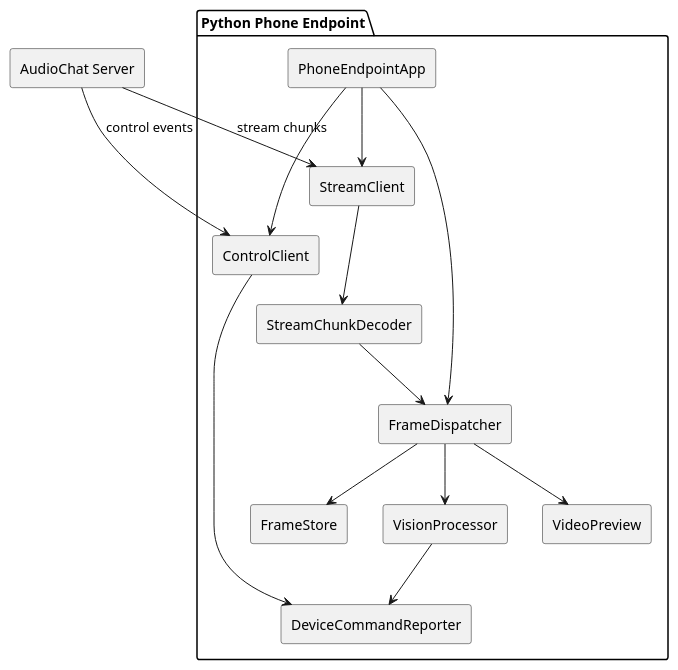
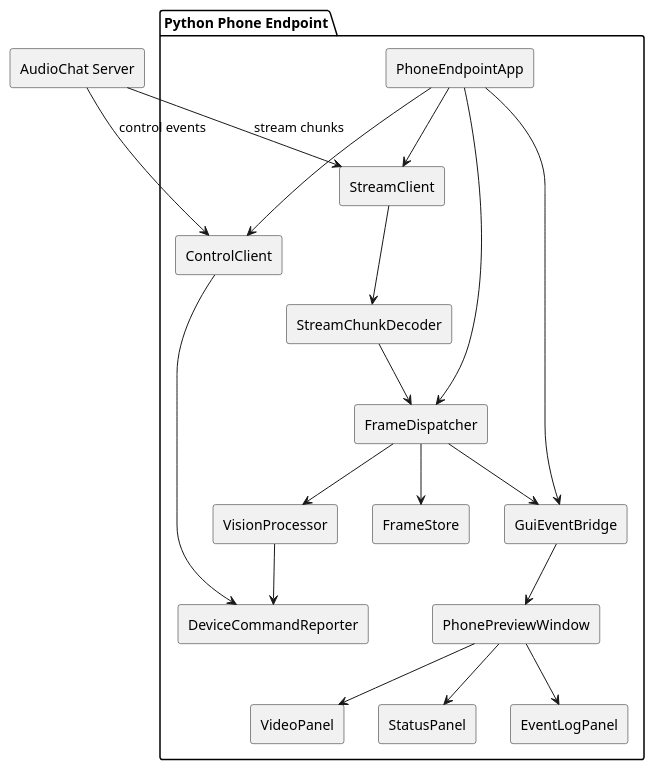
One commit to HengeLiu/RealtimeAgent changed the second of 3 diagrams in examples/dev-support/devices/python-phone/VIDEO_DISPLAY_DESIGN.md. Above: the diagram before and after it, drawn with PlantUML. The commit also changed other lines of this file and 4 other files, not shown here.

````diff
--- a/examples/dev-support/devices/python-phone/VIDEO_DISPLAY_DESIGN.md
+++ b/examples/dev-support/devices/python-phone/VIDEO_DISPLAY_DESIGN.md
@@ -87,24 +204,29 @@
 ```plantuml
 @startuml
 skinparam componentStyle rectangle
 
 package "Python Phone Endpoint" {
   [PhoneEndpointApp] --> [ControlClient]
   [PhoneEndpointApp] --> [StreamClient]
   [PhoneEndpointApp] --> [FrameDispatcher]
+  [PhoneEndpointApp] --> [GuiEventBridge]
 
   [StreamClient] --> [StreamChunkDecoder]
   [StreamChunkDecoder] --> [FrameDispatcher]
 
-  [FrameDispatcher] --> [VideoPreview]
+  [FrameDispatcher] --> [GuiEventBridge]
+  [GuiEventBridge] --> [PhonePreviewWindow]
+  [PhonePreviewWindow] --> [VideoPanel]
+  [PhonePreviewWindow] --> [StatusPanel]
+  [PhonePreviewWindow] --> [EventLogPanel]
   [FrameDispatcher] --> [FrameStore]
   [FrameDispatcher] --> [VisionProcessor]
 
   [VisionProcessor] --> [DeviceCommandReporter]
   [ControlClient] --> [DeviceCommandReporter]
 }
 
 [AudioChat Server] --> [ControlClient] : control events
 [AudioChat Server] --> [StreamClient] : stream chunks
 @enduml
 ```
````
